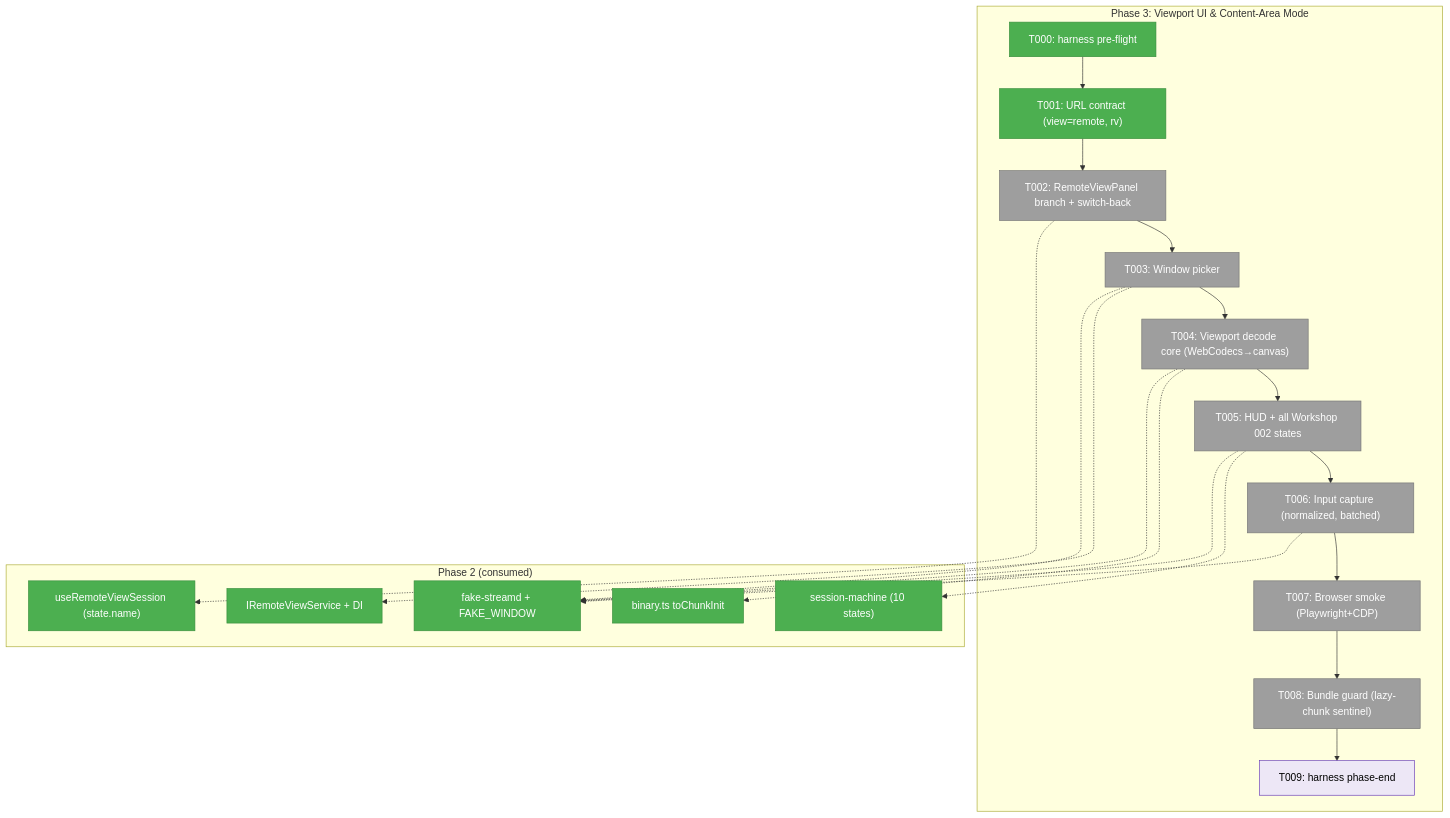
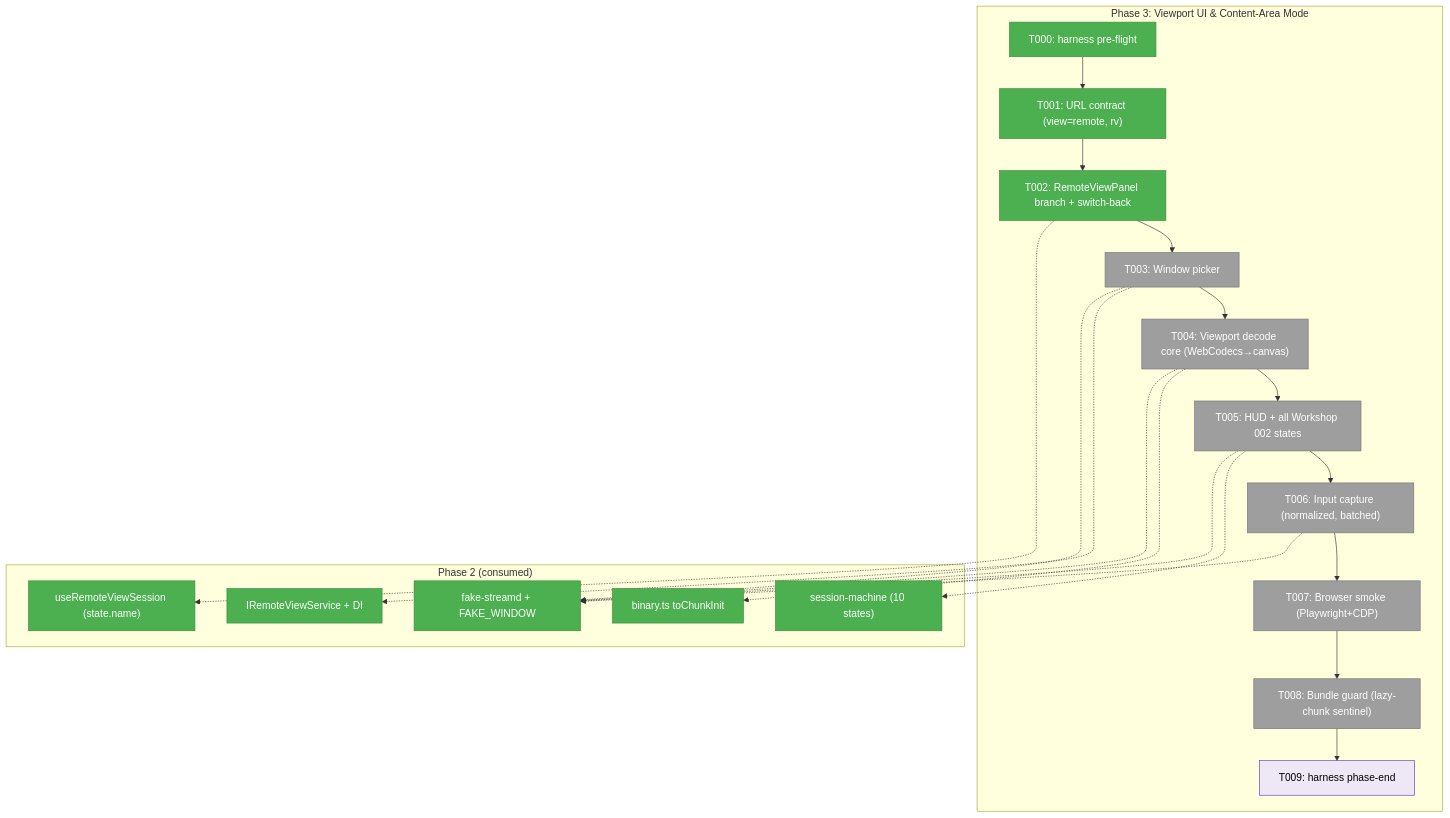
Before and after one commit to AI-Substrate/chainglass: the first of 3 diagrams in docs/plans/088-remote-app-view/tasks/phase-3-viewport-ui-content-area-mode/tasks.md, drawn with Mermaid. The commit also changed other lines of this file and 3 other files, not shown here.

First line of the commit message:
feat(remote-view): T002 RemoteViewPanel branch + switch-back (Plan 088 Phase 3)

````diff
--- a/docs/plans/088-remote-app-view/tasks/phase-3-viewport-ui-content-area-mode/tasks.md
+++ b/docs/plans/088-remote-app-view/tasks/phase-3-viewport-ui-content-area-mode/tasks.md
@@ -90,36 +90,36 @@
 ```mermaid
 flowchart TD
     classDef pending fill:#9E9E9E,stroke:#757575,color:#fff
     classDef wip fill:#FF9800,stroke:#F57C00,color:#000
     classDef done fill:#4CAF50,stroke:#388E3C,color:#fff
     classDef seam fill:#EDE7F6,stroke:#673AB7,color:#000
     classDef reuse fill:#4CAF50,stroke:#388E3C,color:#fff
 
     subgraph Phase["Phase 3: Viewport UI & Content-Area Mode"]
         T000["T000: harness pre-flight"]:::done
         T001["T001: URL contract (view=remote, rv)"]:::done
-        T002["T002: RemoteViewPanel branch + switch-back"]:::pending
+        T002["T002: RemoteViewPanel branch + switch-back"]:::done
         T003["T003: Window picker"]:::pending
         T004["T004: Viewport decode core (WebCodecs→canvas)"]:::pending
         T005["T005: HUD + all Workshop 002 states"]:::pending
         T006["T006: Input capture (normalized, batched)"]:::pending
         T007["T007: Browser smoke (Playwright+CDP)"]:::pending
         T008["T008: Bundle guard (lazy-chunk sentinel)"]:::pending
         T009["T009: harness phase-end"]:::seam
         T000 --> T001 --> T002 --> T003 --> T004 --> T005 --> T006 --> T007 --> T008 --> T009
     end
 
     subgraph Reuse["Phase 2 (consumed)"]
         H["useRemoteViewSession (state.name)"]:::reuse
         FSM["session-machine (10 states)"]:::reuse
         BIN["binary.ts toChunkInit"]:::reuse
         SVC["IRemoteViewService + DI"]:::reuse
         FAKE["fake-streamd + FAKE_WINDOW"]:::reuse
     end
 
     T002 -.-> H
     T003 -.-> SVC
     T004 -.-> BIN
     T005 -.-> FSM
     T003 & T004 & T005 & T006 -.-> FAKE
 ```
````
